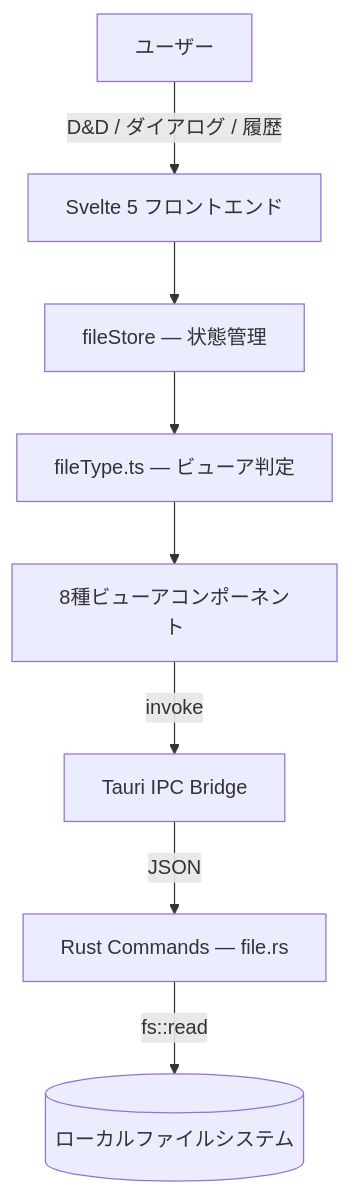
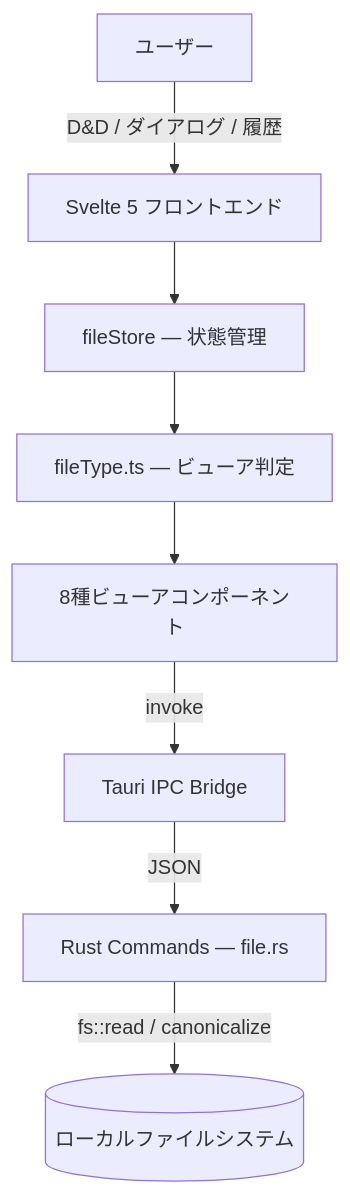
Before and after one commit to ryusei2790/fileViewer: the diagram in README.md, drawn with Mermaid. The commit also changed other lines of this file and 5 other files, not shown here.

````diff
--- a/README.md
+++ b/README.md
@@ -62,10 +63,10 @@
 ```mermaid
 graph TB
     User[ユーザー] -->|D&D / ダイアログ / 履歴| UI[Svelte 5 フロントエンド]
     UI --> Store[fileStore — 状態管理]
     Store --> Router[fileType.ts — ビューア判定]
     Router --> Viewers[8種ビューアコンポーネント]
     Viewers -->|invoke| Tauri[Tauri IPC Bridge]
     Tauri -->|JSON| Rust[Rust Commands — file.rs]
-    Rust -->|fs::read| FS[(ローカルファイルシステム)]
+    Rust -->|fs::read / canonicalize| FS[(ローカルファイルシステム)]
 ```
````
